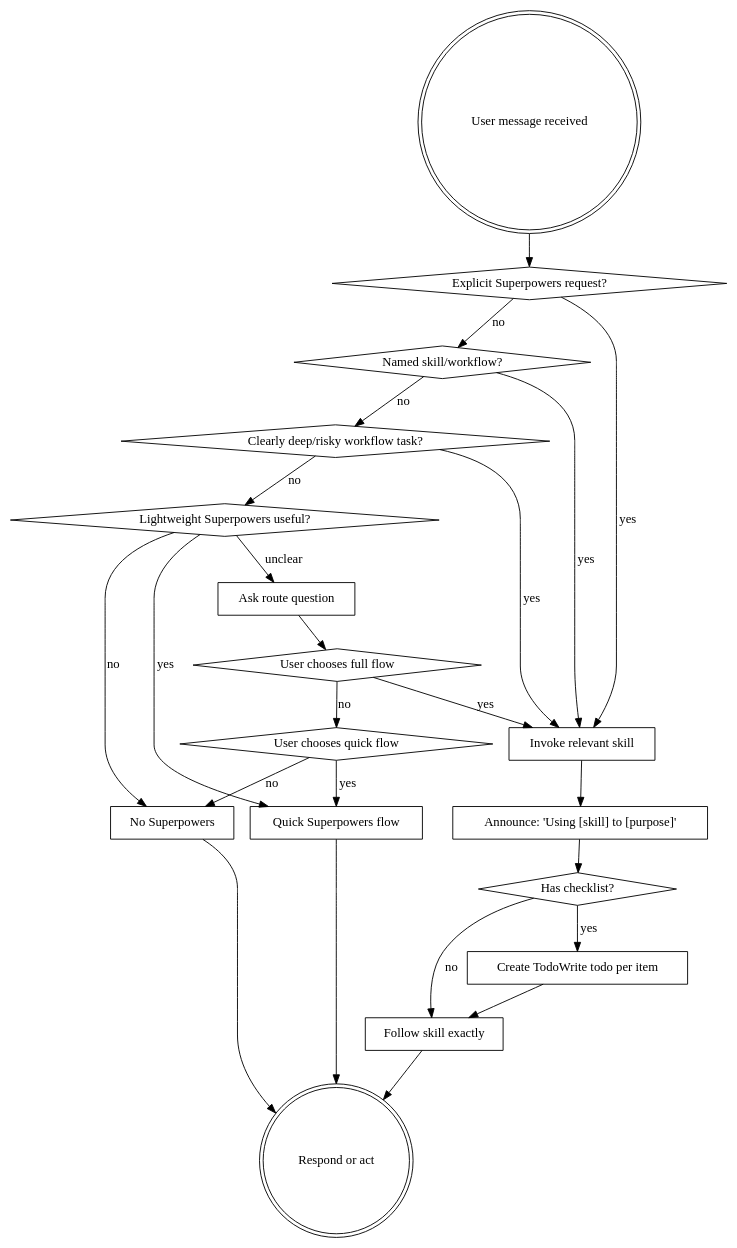
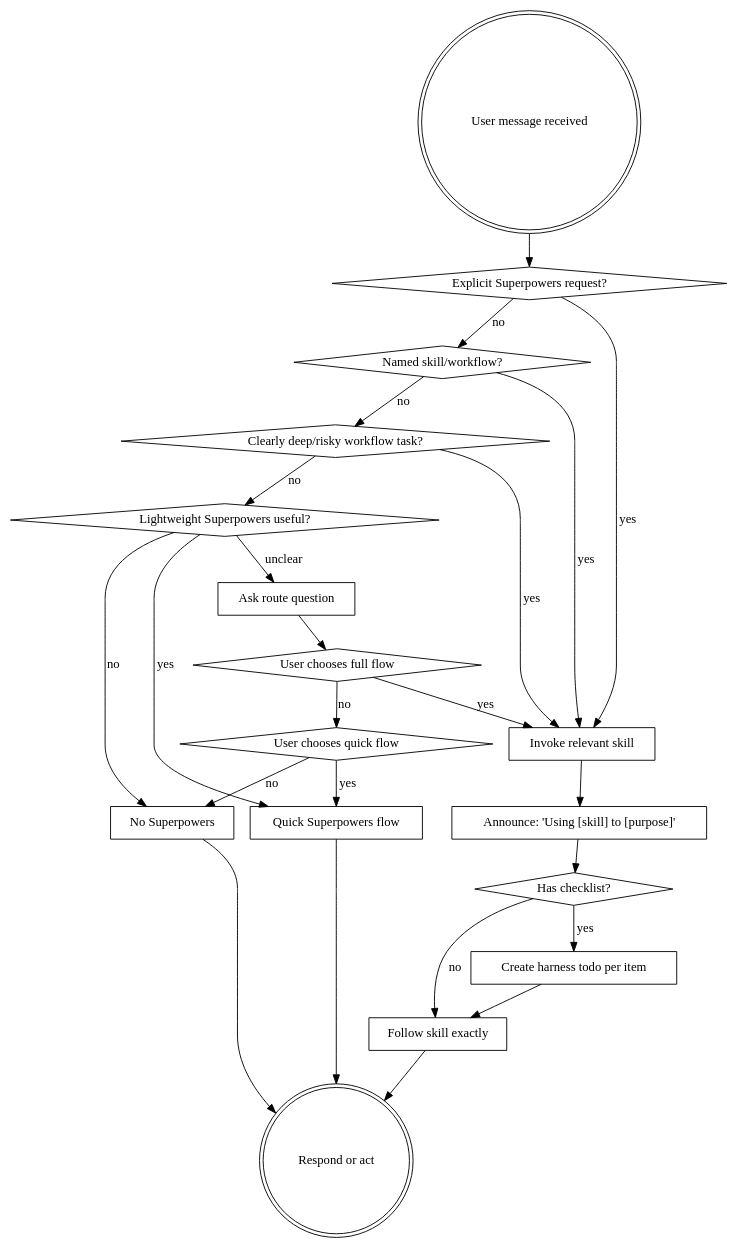
One commit to notchrisbutler/superpowers-custom changed the diagram in skills/using-superpowers/SKILL.md. Above: the diagram before and after it, drawn with Graphviz. The commit also changed other lines of this file and 40 other files, not shown here.

````diff
--- a/skills/using-superpowers/SKILL.md
+++ b/skills/using-superpowers/SKILL.md
@@ -56,44 +58,44 @@
 ```dot
 digraph skill_flow {
     "User message received" [shape=doublecircle];
     "Explicit Superpowers request?" [shape=diamond];
     "Named skill/workflow?" [shape=diamond];
     "Clearly deep/risky workflow task?" [shape=diamond];
     "Lightweight Superpowers useful?" [shape=diamond];
     "Invoke relevant skill" [shape=box];
     "Announce: 'Using [skill] to [purpose]'" [shape=box];
     "Has checklist?" [shape=diamond];
-    "Create TodoWrite todo per item" [shape=box];
+    "Create harness todo per item" [shape=box];
     "Follow skill exactly" [shape=box];
     "Quick Superpowers flow" [shape=box];
     "No Superpowers" [shape=box];
     "Ask route question" [shape=box];
     "User chooses full flow" [shape=diamond];
     "User chooses quick flow" [shape=diamond];
     "Respond or act" [shape=doublecircle];
 
     "User message received" -> "Explicit Superpowers request?";
     "Explicit Superpowers request?" -> "Invoke relevant skill" [label="yes"];
     "Explicit Superpowers request?" -> "Named skill/workflow?" [label="no"];
     "Named skill/workflow?" -> "Invoke relevant skill" [label="yes"];
     "Named skill/workflow?" -> "Clearly deep/risky workflow task?" [label="no"];
     "Clearly deep/risky workflow task?" -> "Invoke relevant skill" [label="yes"];
     "Clearly deep/risky workflow task?" -> "Lightweight Superpowers useful?" [label="no"];
     "Lightweight Superpowers useful?" -> "Quick Superpowers flow" [label="yes"];
     "Lightweight Superpowers useful?" -> "No Superpowers" [label="no"];
     "Lightweight Superpowers useful?" -> "Ask route question" [label="unclear"];
     "Invoke relevant skill" -> "Announce: 'Using [skill] to [purpose]'";
     "Announce: 'Using [skill] to [purpose]'" -> "Has checklist?";
-    "Has checklist?" -> "Create TodoWrite todo per item" [label="yes"];
+    "Has checklist?" -> "Create harness todo per item" [label="yes"];
     "Has checklist?" -> "Follow skill exactly" [label="no"];
-    "Create TodoWrite todo per item" -> "Follow skill exactly";
+    "Create harness todo per item" -> "Follow skill exactly";
     "Follow skill exactly" -> "Respond or act";
     "Quick Superpowers flow" -> "Respond or act";
     "No Superpowers" -> "Respond or act";
     "Ask route question" -> "User chooses full flow";
     "User chooses full flow" -> "Invoke relevant skill" [label="yes"];
     "User chooses full flow" -> "User chooses quick flow" [label="no"];
     "User chooses quick flow" -> "Quick Superpowers flow" [label="yes"];
     "User chooses quick flow" -> "No Superpowers" [label="no"];
 }
 ```
````
